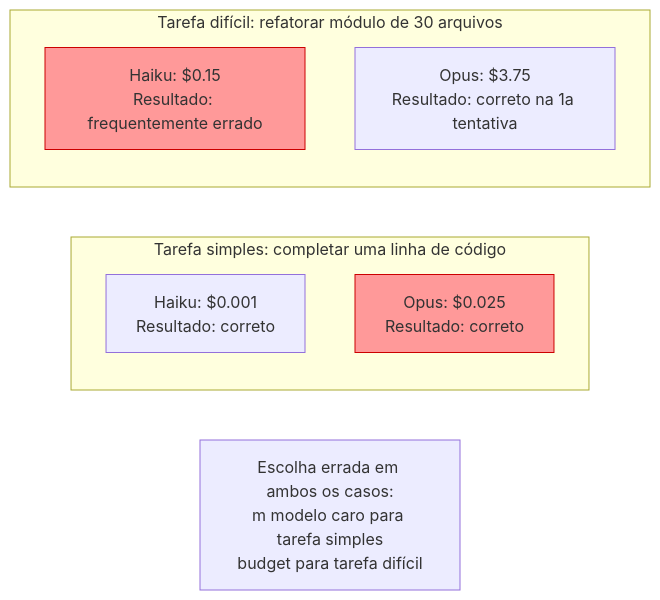
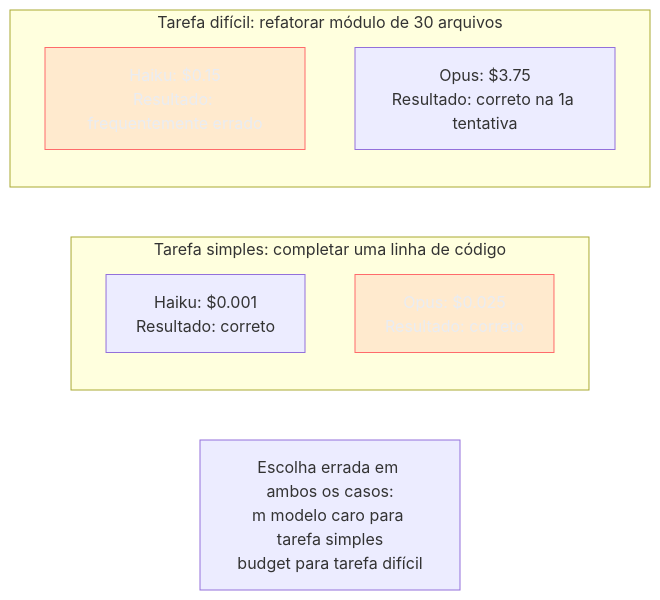
One commit to josenaldo/codex-technomanticus changed the third of 5 diagrams in 03-Dominios/Tecnologia/IA/Anatomia dos LLMs/07 - Panorama de modelos 2026.md. Above: the diagram before and after it, drawn with Mermaid. The commit also changed 1181 other files, not shown here.

First line of the commit message:
fix(diagramas): paleta do sistema no lugar de cor cravada no markdown

````diff
--- a/03-Dominios/Tecnologia/IA/Anatomia dos LLMs/07 - Panorama de modelos 2026.md
+++ b/03-Dominios/Tecnologia/IA/Anatomia dos LLMs/07 - Panorama de modelos 2026.md
@@ -123,14 +123,15 @@
 ```mermaid
 graph LR
+    classDef falha fill:#FF6B6B24,stroke:#FF6B6B,color:#E9ECF2
     subgraph "Tarefa simples: completar uma linha de código"
         S1["Haiku: $0.001\nResultado: correto"]
         S2["Opus: $0.025\nResultado: correto"]
     end
     subgraph "Tarefa difícil: refatorar módulo de 30 arquivos"
         H1["Haiku: $0.15\nResultado: frequentemente errado"]
         H2["Opus: $3.75\nResultado: correto na 1a tentativa"]
     end
-    style S2 fill:#ff9999,stroke:#cc0000
-    style H1 fill:#ff9999,stroke:#cc0000
+    class S2 falha
+    class H1 falha
     note["Escolha errada em ambos os casos:\nm modelo caro para tarefa simples\nbudget para tarefa difícil"]
 ```
````
